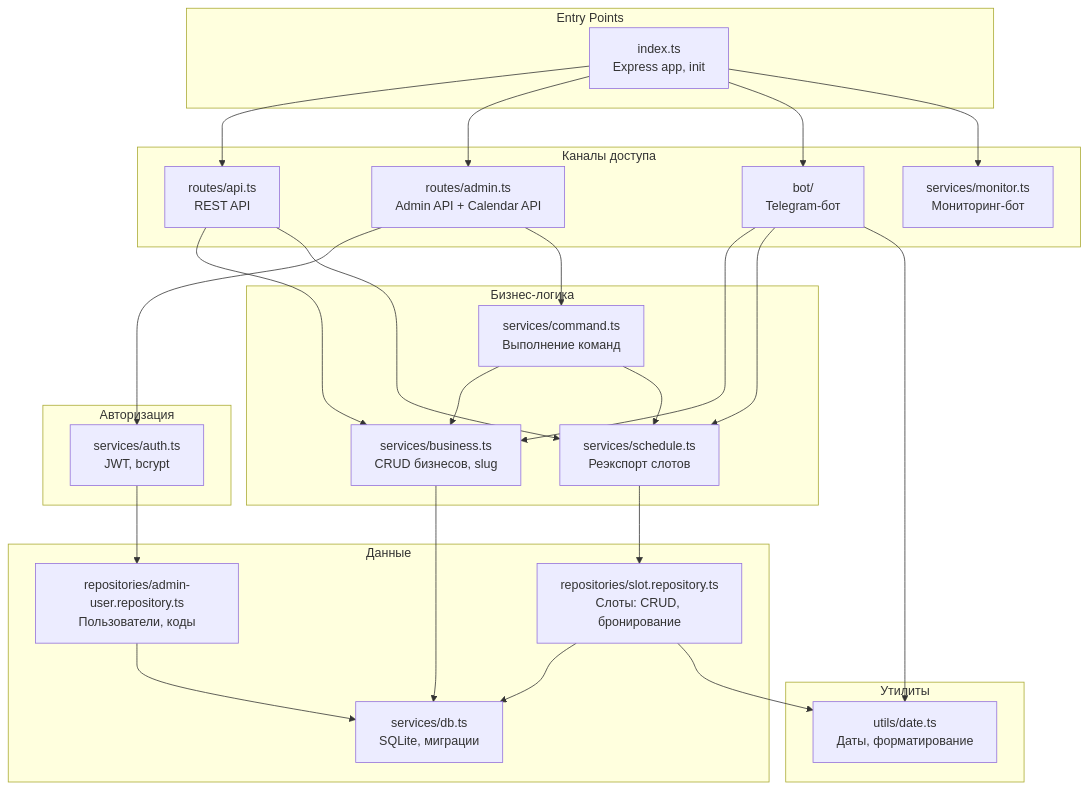
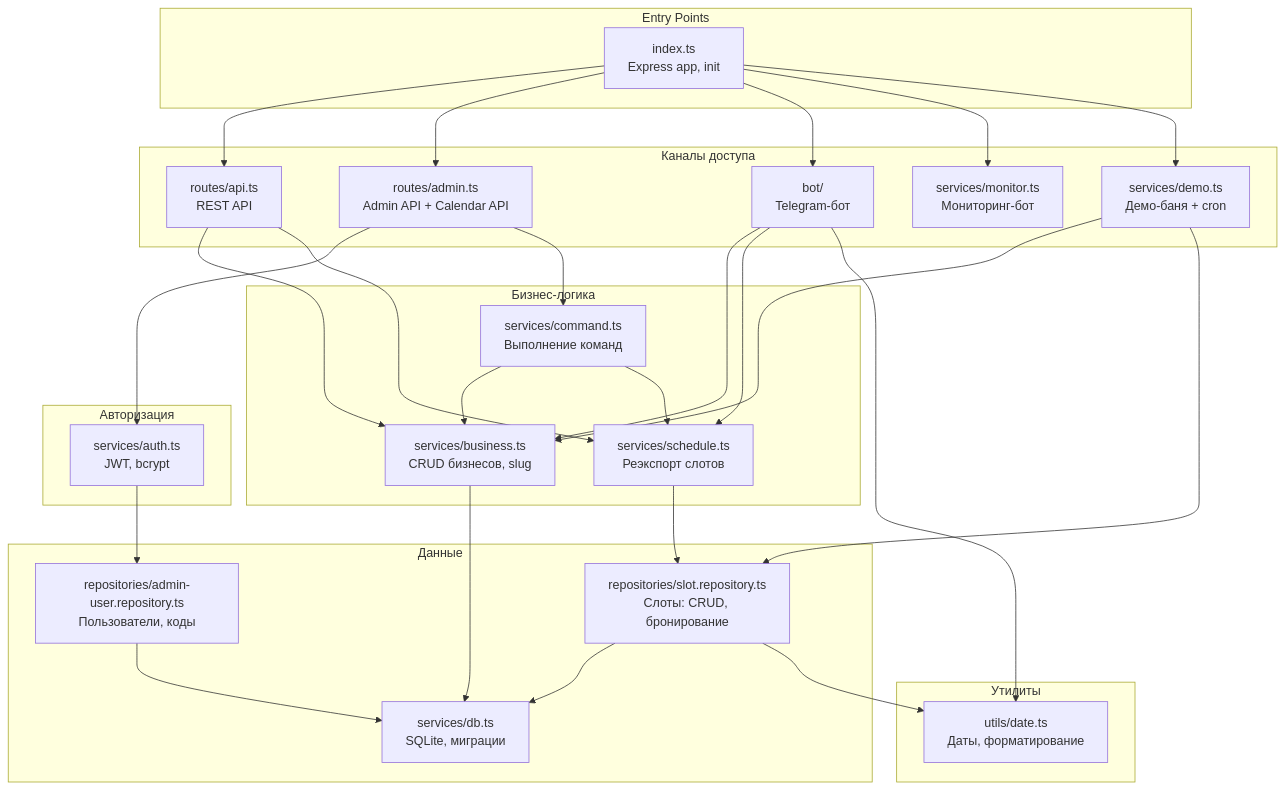
The first of 3 diagrams in backend/README.md (Atlantis3221/reservation-service), drawn with Mermaid before and after one commit. The commit also changed other lines of this file and 9 other files, not shown here.

````diff
--- a/backend/README.md
+++ b/backend/README.md
@@ -9,54 +9,58 @@
 ```mermaid
 graph TB
     subgraph "Entry Points"
         EP[index.ts<br/>Express app, init]
     end
 
     subgraph "Каналы доступа"
         API[routes/api.ts<br/>REST API]
         ADMIN[routes/admin.ts<br/>Admin API + Calendar API]
         BOT[bot/<br/>Telegram-бот]
         MON[services/monitor.ts<br/>Мониторинг-бот]
+        DEMO[services/demo.ts<br/>Демо-баня + cron]
     end
 
     subgraph "Авторизация"
         AUTH[services/auth.ts<br/>JWT, bcrypt]
     end
 
     subgraph "Бизнес-логика"
         CMD[services/command.ts<br/>Выполнение команд]
         BIZ[services/business.ts<br/>CRUD бизнесов, slug]
         SCH[services/schedule.ts<br/>Реэкспорт слотов]
     end
 
     subgraph "Данные"
         REPO[repositories/slot.repository.ts<br/>Слоты: CRUD, бронирование]
         ADMIN_REPO[repositories/admin-user.repository.ts<br/>Пользователи, коды]
         DB[services/db.ts<br/>SQLite, миграции]
     end
 
     subgraph "Утилиты"
         UTIL[utils/date.ts<br/>Даты, форматирование]
     end
 
     EP --> API
     EP --> ADMIN
     EP --> BOT
     EP --> MON
+    EP --> DEMO
 
     ADMIN --> AUTH
     ADMIN --> CMD
     AUTH --> ADMIN_REPO
     CMD --> BIZ
     CMD --> SCH
     API --> BIZ
     API --> SCH
     BOT --> BIZ
     BOT --> SCH
     SCH --> REPO
     REPO --> DB
     BIZ --> DB
     ADMIN_REPO --> DB
+    DEMO --> BIZ
+    DEMO --> REPO
     BOT --> UTIL
     REPO --> UTIL
 ```
````
